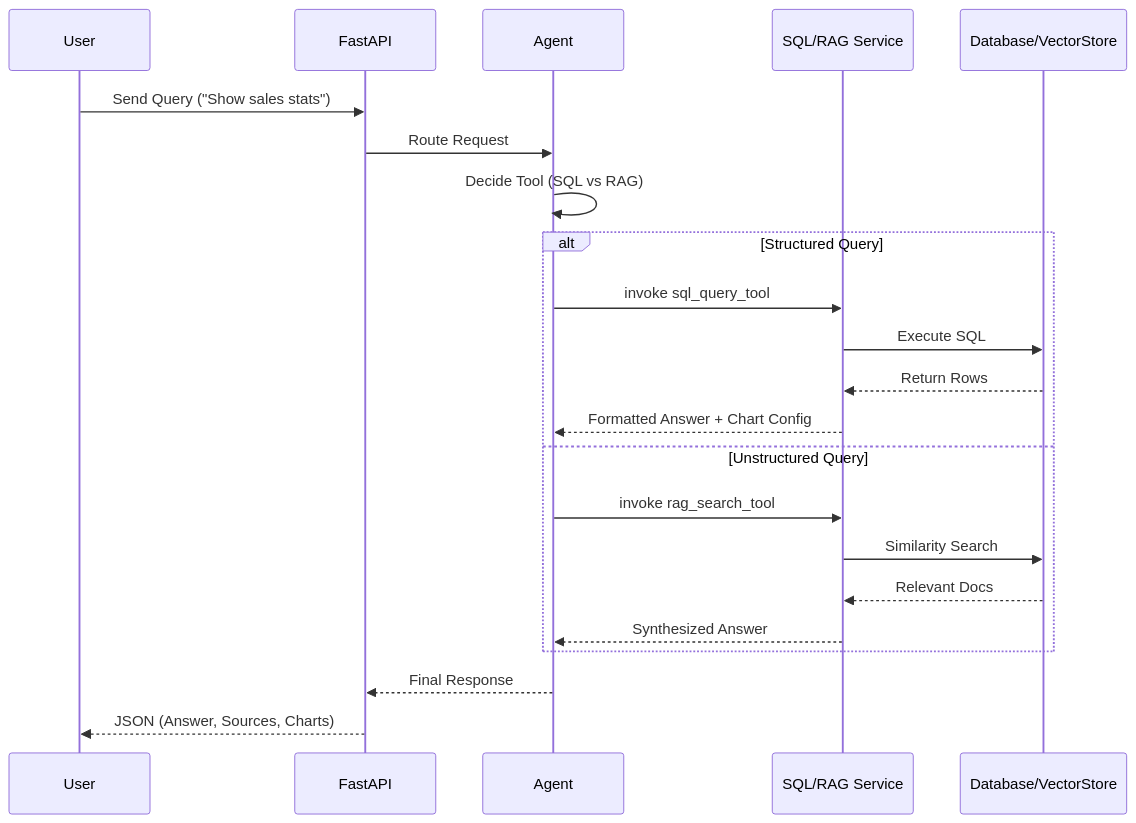
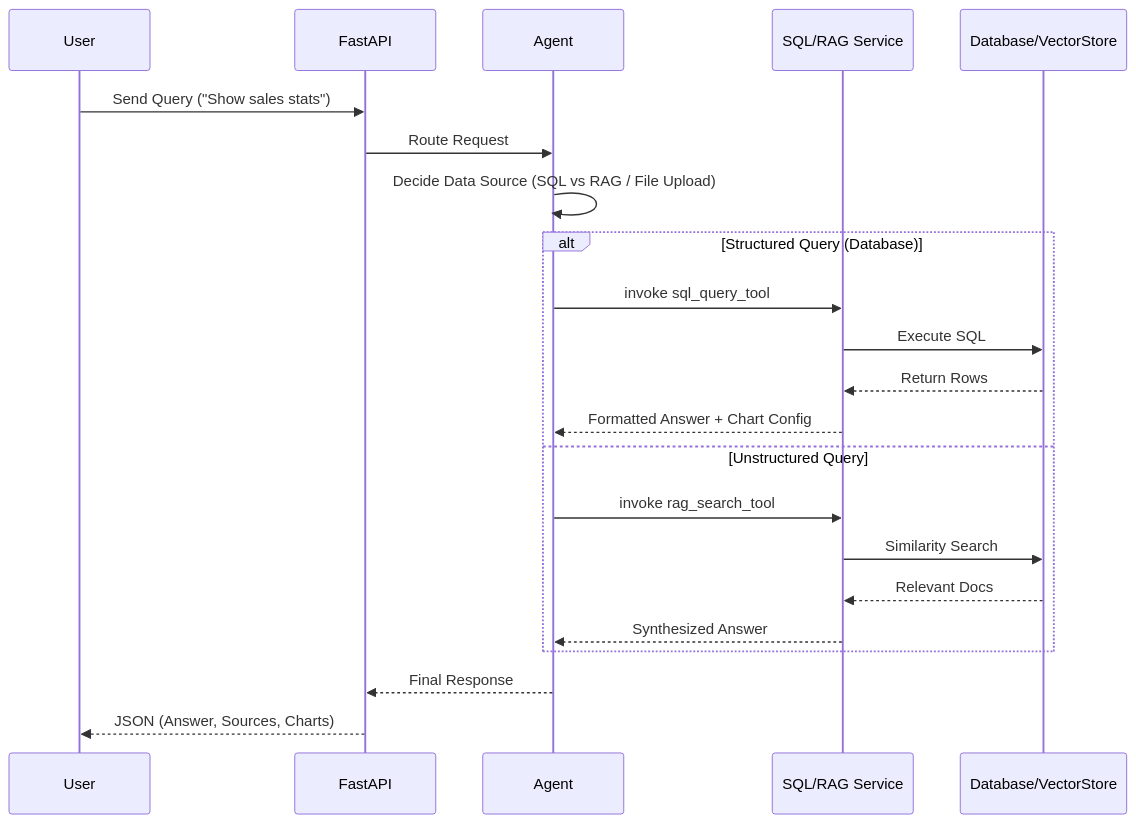
Before and after one commit to mdt-smartcare/Data-inisights-copilot: the second of 2 diagrams in wiki/Backend.md, drawn with Mermaid. The commit also changed other lines of this file and 4 other files, not shown here.

````diff
--- a/wiki/Backend.md
+++ b/wiki/Backend.md
@@ -56,25 +56,25 @@
 ```mermaid
 sequenceDiagram
     participant User
     participant API as FastAPI
     participant Agent
     participant Service as SQL/RAG Service
     participant DB as Database/VectorStore
 
     User->>API: Send Query ("Show sales stats")
     API->>Agent: Route Request
-    Agent->>Agent: Decide Tool (SQL vs RAG)
-    alt Structured Query
+    Agent->>Agent: Decide Data Source (SQL vs RAG / File Upload)
+    alt Structured Query (Database)
         Agent->>Service: invoke sql_query_tool
         Service->>DB: Execute SQL
         DB-->>Service: Return Rows
         Service-->>Agent: Formatted Answer + Chart Config
     else Unstructured Query
         Agent->>Service: invoke rag_search_tool
         Service->>DB: Similarity Search
         DB-->>Service: Relevant Docs
         Service-->>Agent: Synthesized Answer
     end
     Agent-->>API: Final Response
     API-->>User: JSON (Answer, Sources, Charts)
 ```
````
